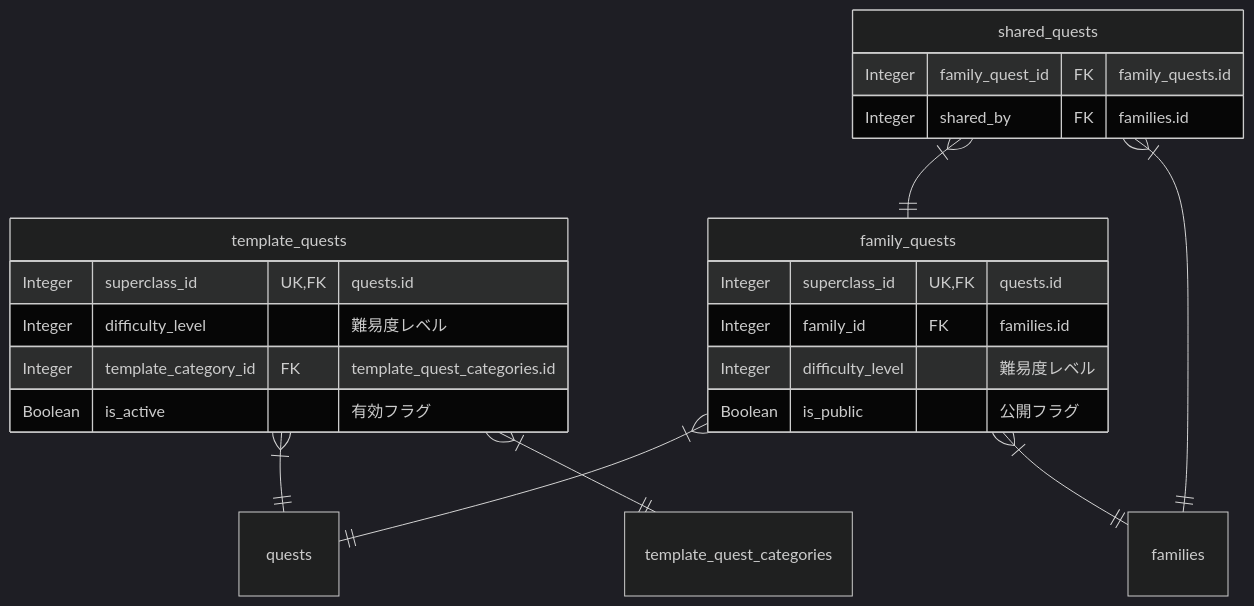
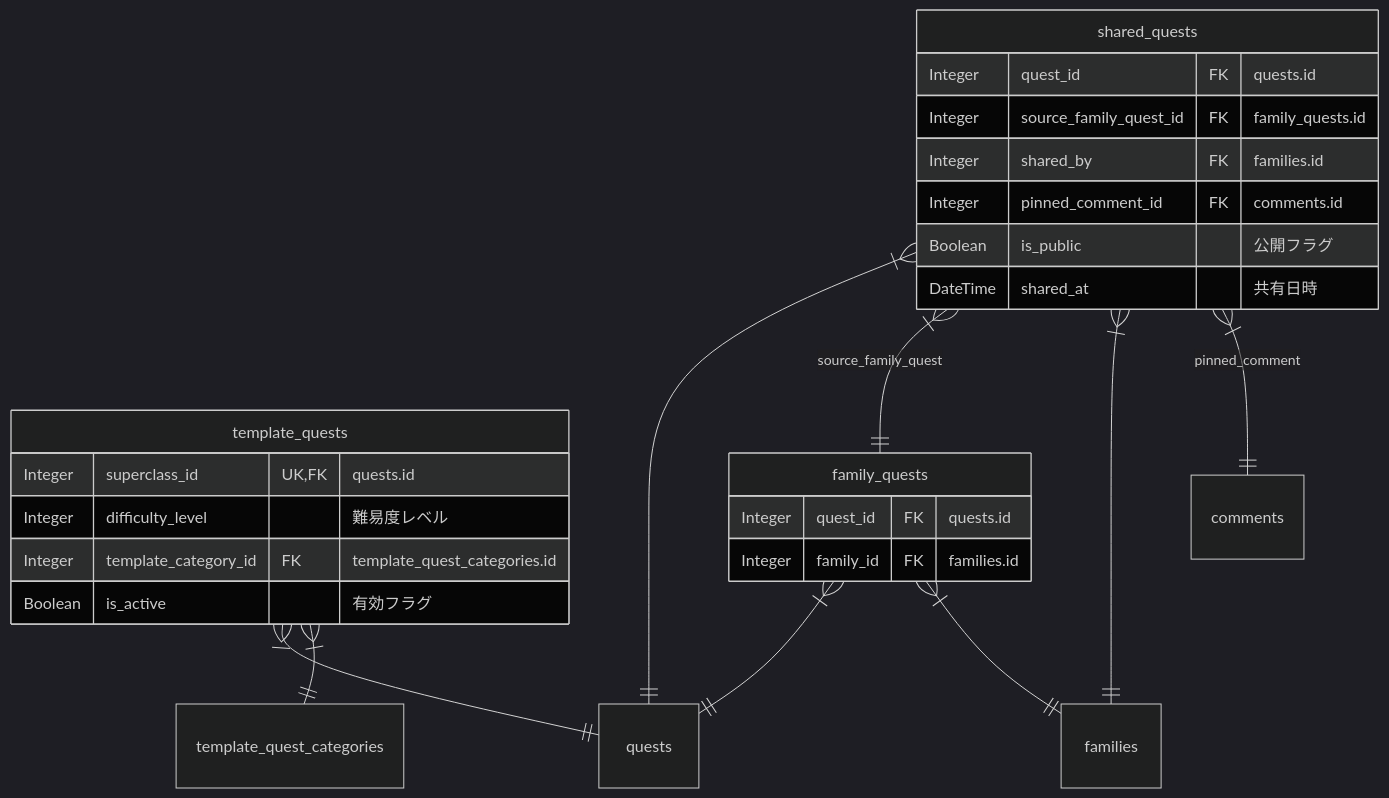
Diagram 12 of 17 in apps/api/docs/ja/uml/erd.md (shuhei1101/allowance-questboard), drawn with Mermaid (dark theme) before and after one commit. The commit also changed other lines of this file, not shown here.

Commit message:
Complete ERD updates for quest entities and other remaining differences

````diff
--- a/apps/api/docs/ja/uml/erd.md
+++ b/apps/api/docs/ja/uml/erd.md
@@ -446,30 +446,34 @@
 ```mermaid
 %% quest/templates
 erDiagram
     template_quests {
         Integer superclass_id UK,FK "quests.id"
         Integer difficulty_level "難易度レベル"
         Integer template_category_id FK "template_quest_categories.id"
         Boolean is_active "有効フラグ"
     }
 
     family_quests {
-        Integer superclass_id UK,FK "quests.id"
+        Integer quest_id FK "quests.id"
         Integer family_id FK "families.id"
-        Integer difficulty_level "難易度レベル"
-        Boolean is_public "公開フラグ"
     }
 
     shared_quests {
-        Integer family_quest_id FK "family_quests.id"
+        Integer quest_id FK "quests.id"
+        Integer source_family_quest_id FK "family_quests.id"
         Integer shared_by FK "families.id"
+        Integer pinned_comment_id FK "comments.id"
+        Boolean is_public "公開フラグ"
+        DateTime shared_at "共有日時"
     }
 
     %% Relationships
     template_quests }|--|| quests: ""
     template_quests }|--|| template_quest_categories: ""
     family_quests }|--|| quests: ""
     family_quests }|--|| families: ""
-    shared_quests }|--|| family_quests: ""
+    shared_quests }|--|| quests: ""
+    shared_quests }|--|| family_quests: "source_family_quest"
     shared_quests }|--|| families: ""
+    shared_quests }|--|| comments: "pinned_comment"
 ```
````
